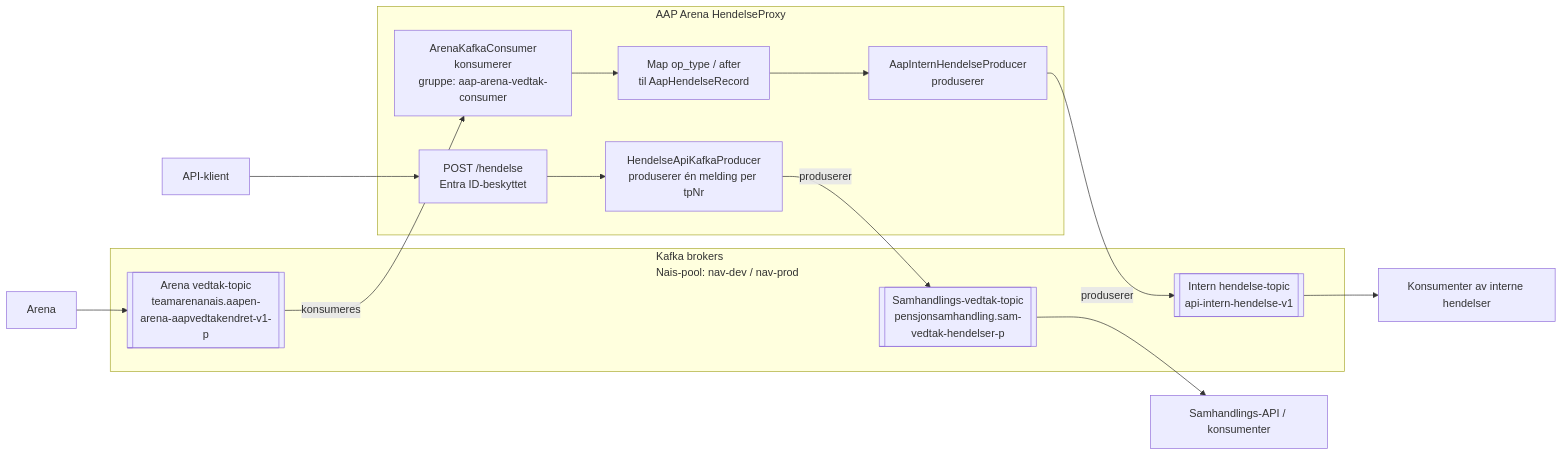
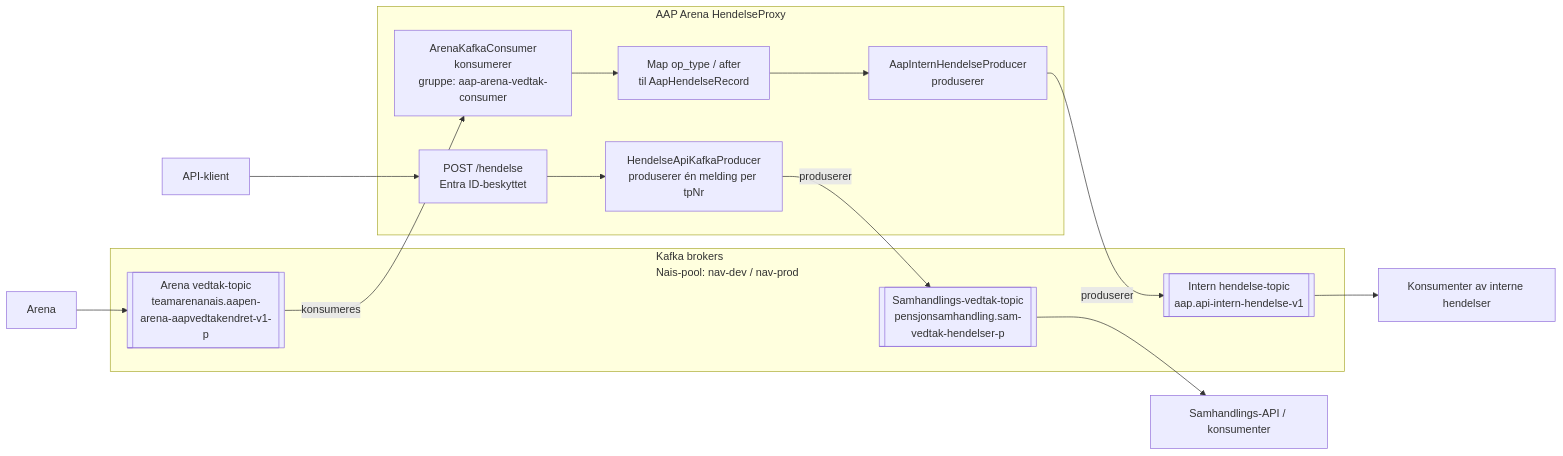
The diagram in README.md (navikt/aap-arena-hendelse-proxy), drawn with Mermaid before and after one commit.

Commit message:
Update internTopic reference in README.md

````diff
--- a/README.md
+++ b/README.md
@@ -7,27 +7,27 @@
 ```mermaid
 flowchart LR
     subgraph brokers["Kafka brokers<br/>Nais-pool: nav-dev / nav-prod"]
         arenaTopic[["Arena vedtak-topic<br/>teamarenanais.aapen-arena-aapvedtakendret-v1-p"]]
-        internTopic[["Intern hendelse-topic<br />api-intern-hendelse-v1"]]
+        internTopic[["Intern hendelse-topic<br />aap.api-intern-hendelse-v1"]]
         samTopic[["Samhandlings-vedtak-topic<br/>pensjonsamhandling.sam-vedtak-hendelser-p"]]
     end
 
     subgraph app["AAP Arena HendelseProxy"]
         consumer["ArenaKafkaConsumer<br/>konsumerer<br/>gruppe: aap-arena-vedtak-consumer"]
         mapping["Map op_type / after<br/>til AapHendelseRecord"]
         internProducer["AapInternHendelseProducer<br/>produserer"]
         endpoint["POST /hendelse<br/>Entra ID-beskyttet"]
         apiProducer["HendelseApiKafkaProducer<br/>produserer én melding per tpNr"]
         consumer --> mapping --> internProducer
         endpoint --> apiProducer
     end
 
     arena["Arena"] --> arenaTopic
     arenaTopic -->|"konsumeres"| consumer
     internProducer -->|"produserer"| internTopic
     internTopic --> internConsumers["Konsumenter av interne hendelser"]
 
     client["API-klient"] --> endpoint
     apiProducer -->|"produserer"| samTopic
     samTopic --> samConsumers["Samhandlings-API / konsumenter"]
 ```
````
